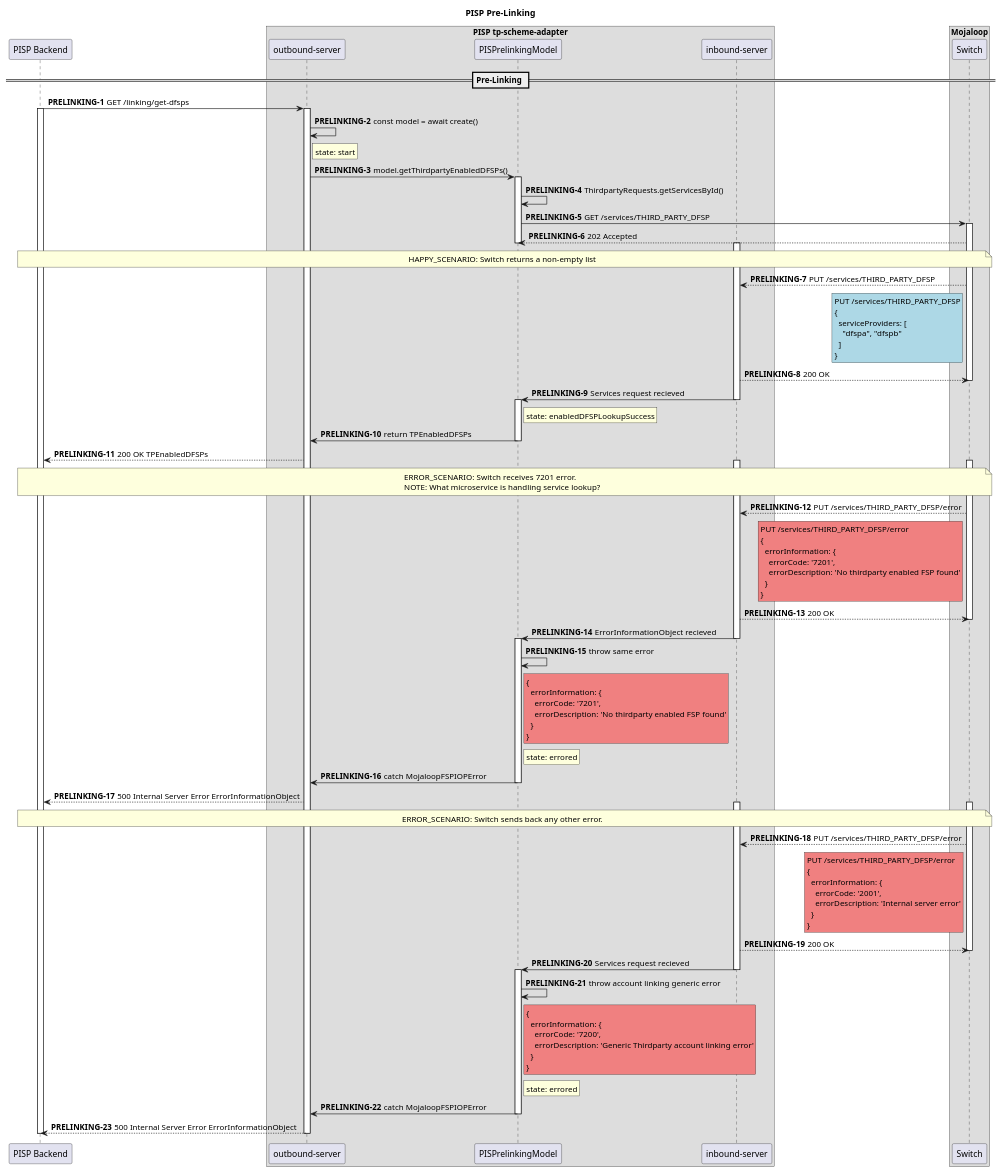
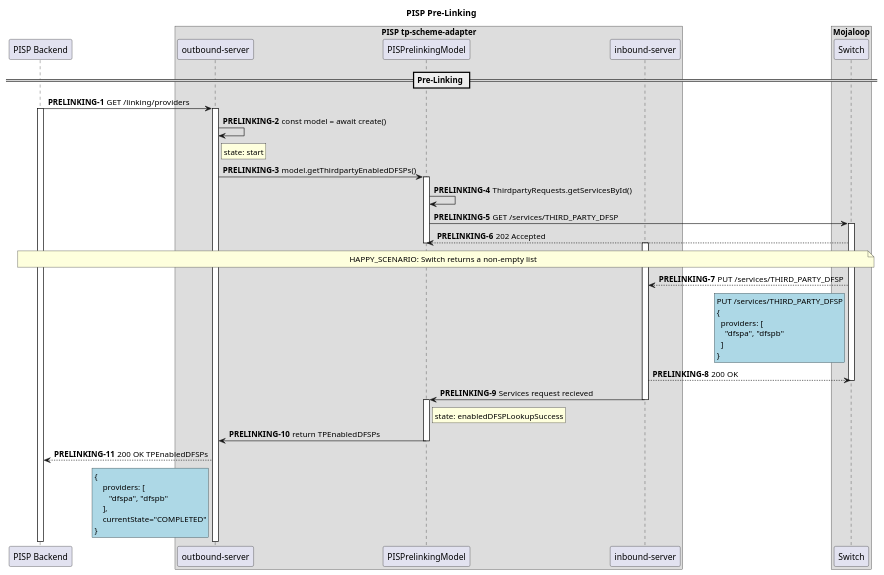
The diagram in docs/sequence/PISPPreLinkingApi.puml (mojaloop/thirdparty-sdk), drawn with PlantUML before and after one commit. The commit also changed 4 other files, not shown here.

```diff
--- a/docs/sequence/PISPPreLinkingApi.puml
+++ b/docs/sequence/PISPPreLinkingApi.puml
@@ -1,155 +1,75 @@
 @startuml
 
 title PISP Pre-Linking
 
 participant "PISP Backend" as PISP
 box "PISP tp-scheme-adapter"
   participant "outbound-server" as PISP_TP_OUT
   participant "PISPrelinkingModel" as PISP_PLM
   participant "inbound-server" as PISP_TP_IN
 end box
 box "Mojaloop"
     participant Switch
 end box
 
 == Pre-Linking ==
 autonumber 1 "<b>PRELINKING-#</b>"
 
-PISP -> PISP_TP_OUT: GET /linking/get-dfsps
+PISP -> PISP_TP_OUT: GET /linking/providers
 
 activate PISP
 activate PISP_TP_OUT
 
 PISP_TP_OUT -> PISP_TP_OUT: const model = await create()
 rnote right of PISP_TP_OUT: state: start
 PISP_TP_OUT -> PISP_PLM: model.getThirdpartyEnabledDFSPs()
 
 activate PISP_PLM
 
 PISP_PLM -> PISP_PLM: ThirdpartyRequests.getServicesById()
 PISP_PLM -> Switch: GET /services/THIRD_PARTY_DFSP
 
 activate Switch
 Switch --> PISP_PLM: 202 Accepted
 deactivate PISP_PLM
 
 note over PISP, Switch
   HAPPY_SCENARIO: Switch returns a non-empty list
 end note
 
 activate PISP_TP_IN
 
 Switch --> PISP_TP_IN: PUT /services/THIRD_PARTY_DFSP
 rnote left of Switch #LightBlue
 PUT /services/THIRD_PARTY_DFSP
 {
-  serviceProviders: [
+  providers: [
     "dfspa", "dfspb"
   ]
 }
 end note
 PISP_TP_IN --> Switch: 200 OK
 
 deactivate Switch
 
 PISP_TP_IN -> PISP_PLM: Services request recieved
 
 deactivate PISP_TP_IN
 activate PISP_PLM
 
 rnote right of PISP_PLM: state: enabledDFSPLookupSuccess
 PISP_PLM -> PISP_TP_OUT: return TPEnabledDFSPs
 
 deactivate PISP_PLM
 
 PISP_TP_OUT --> PISP: 200 OK TPEnabledDFSPs
-
-note over PISP, Switch
-  ERROR_SCENARIO: Switch receives 7201 error.
-  NOTE: What microservice is handling service lookup?
+rnote left of PISP_TP_OUT #LightBlue
+{
+    providers: [
+       "dfspa", "dfspb"
+    ],
+    currentState="COMPLETED"
+}
 end note
 
-activate PISP_TP_IN
-activate Switch
-
-Switch --> PISP_TP_IN: PUT /services/THIRD_PARTY_DFSP/error
-rnote left of Switch #LightCoral
-PUT /services/THIRD_PARTY_DFSP/error
-{
-  errorInformation: {
-    errorCode: '7201',
-    errorDescription: 'No thirdparty enabled FSP found'
-  }
-}
-end note
-PISP_TP_IN --> Switch: 200 OK
-
-deactivate Switch
-
-PISP_TP_IN -> PISP_PLM: ErrorInformationObject recieved
-
-deactivate PISP_TP_IN
-activate PISP_PLM
-
-PISP_PLM -> PISP_PLM: throw same error
-rnote right of PISP_PLM #LightCoral
-{
-  errorInformation: {
-    errorCode: '7201',
-    errorDescription: 'No thirdparty enabled FSP found'
-  }
-}
-end note
-rnote right of PISP_PLM: state: errored
-PISP_PLM -> PISP_TP_OUT: catch MojaloopFSPIOPError
-
-deactivate PISP_PLM
-
-PISP_TP_OUT --> PISP: 500 Internal Server Error ErrorInformationObject
-
-
-note over PISP, Switch
-  ERROR_SCENARIO: Switch sends back any other error.
-end note
-
-activate PISP_TP_IN
-activate Switch
-Switch --> PISP_TP_IN: PUT /services/THIRD_PARTY_DFSP/error
-rnote left of Switch #LightCoral
-PUT /services/THIRD_PARTY_DFSP/error
-{
-  errorInformation: {
-    errorCode: '2001',
-    errorDescription: 'Internal server error'
-  }
-}
-end note
-PISP_TP_IN --> Switch: 200 OK
-
-deactivate Switch
-
-PISP_TP_IN -> PISP_PLM: Services request recieved
-
-deactivate PISP_TP_IN
-activate PISP_PLM
-
-PISP_PLM -> PISP_PLM: throw account linking generic error
-rnote right of PISP_PLM #LightCoral
-{
-  errorInformation: {
-    errorCode: '7200',
-    errorDescription: 'Generic Thirdparty account linking error'
-  }
-}
-end note
-rnote right of PISP_PLM: state: errored
-PISP_PLM -> PISP_TP_OUT: catch MojaloopFSPIOPError
-
-deactivate PISP_PLM
-
-PISP_TP_OUT --> PISP: 500 Internal Server Error ErrorInformationObject
-
-deactivate PISP_TP_OUT
-deactivate PISP
-
 @enduml
```
